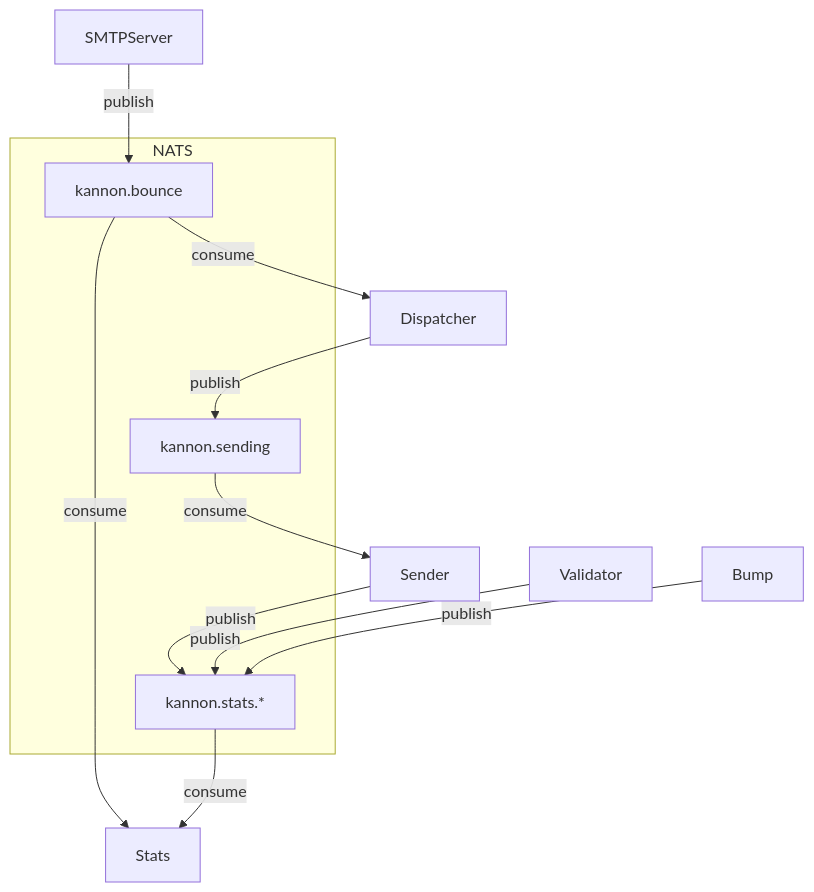
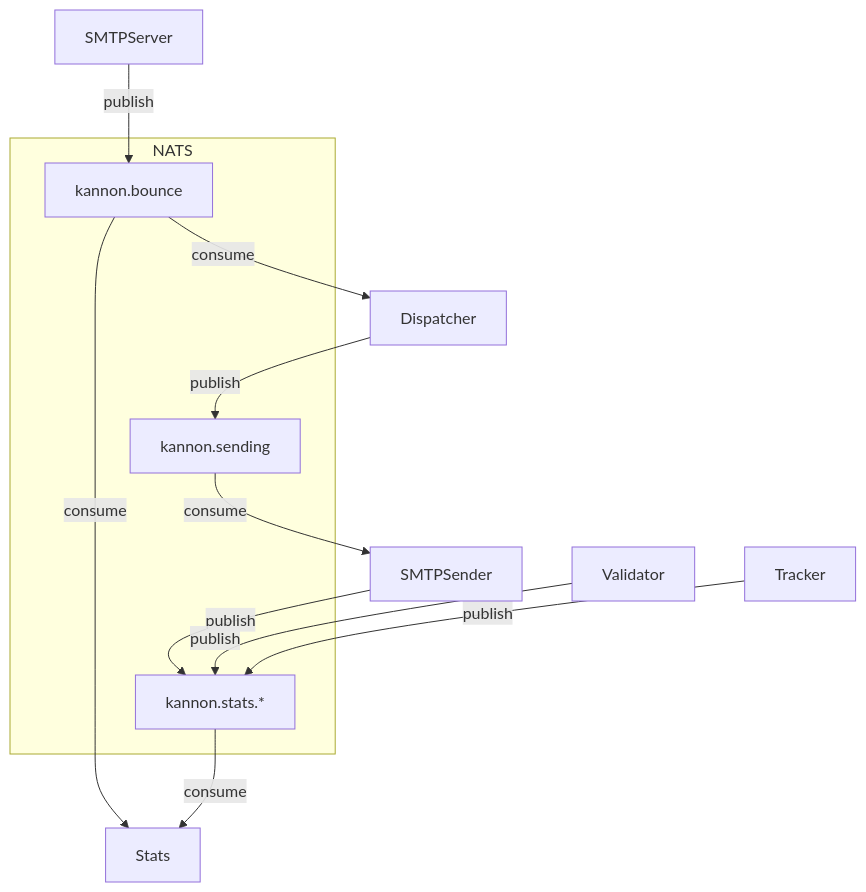
One commit to kannon-email/kannon changed the first of 2 diagrams in ARCHITECTURE.md. Above: the diagram before and after it, drawn with Mermaid. The commit also changed other lines of this file and 67 other files, not shown here.

````diff
--- a/ARCHITECTURE.md
+++ b/ARCHITECTURE.md
@@ -196,17 +229,17 @@
 ```mermaid
 flowchart TD
     subgraph NATS
         SENDING["kannon.sending"]
         STATS["kannon.stats.*"]
         BOUNCE["kannon.bounce"]
     end
     Dispatcher -- "publish" --> SENDING
-    SENDING -- "consume" --> Sender
-    Sender -- "publish" --> STATS
+    SENDING -- "consume" --> SMTPSender
+    SMTPSender -- "publish" --> STATS
     Validator -- "publish" --> STATS
-    Bump -- "publish" --> STATS
+    Tracker -- "publish" --> STATS
     SMTPServer -- "publish" --> BOUNCE
     BOUNCE -- "consume" --> Dispatcher
     BOUNCE -- "consume" --> Stats
     STATS -- "consume" --> Stats
 ```
````
